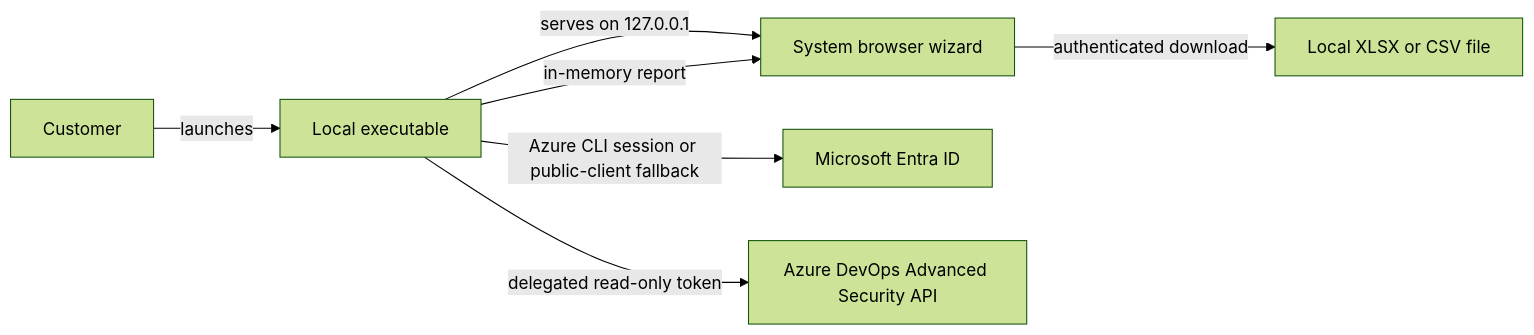
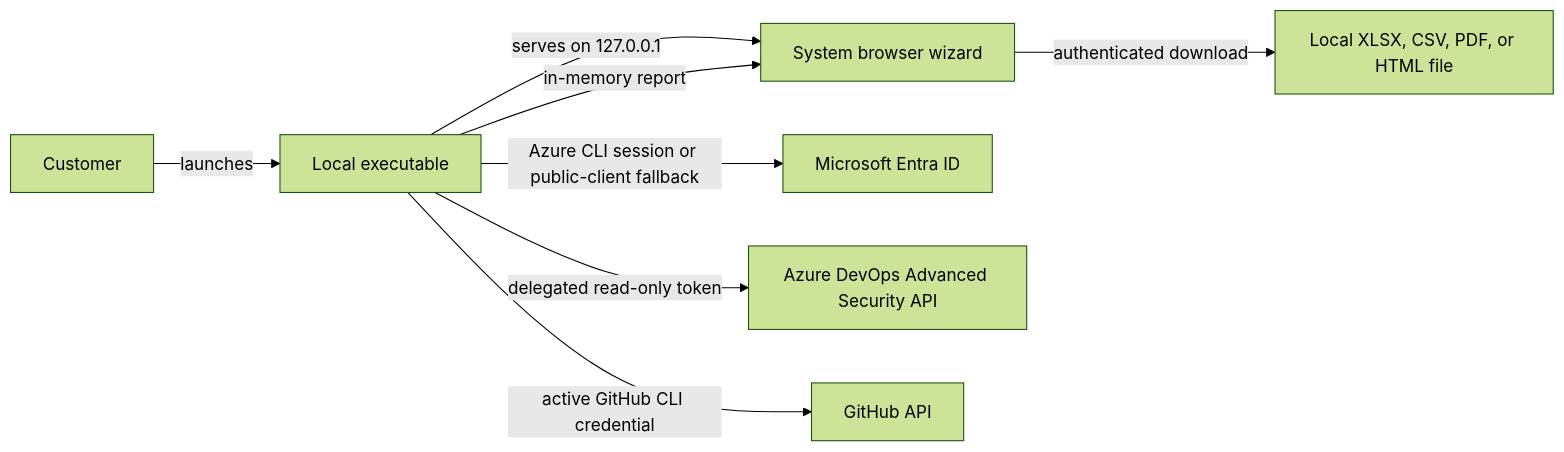
The first of 3 diagrams in docs/ARCHITECTURE.md (ninjapaw/committer-insights), drawn with Mermaid (forest theme) before and after one commit. The commit also changed other lines of this file and 74 other files, not shown here.

````diff
--- a/docs/ARCHITECTURE.md
+++ b/docs/ARCHITECTURE.md
@@ -5,9 +5,10 @@
 ```mermaid
 flowchart LR
   U[Customer] -->|launches| E[Local executable]
   E -->|serves on 127.0.0.1| B[System browser wizard]
   E -->|Azure CLI session or public-client fallback| M[Microsoft Entra ID]
   E -->|delegated read-only token| A[Azure DevOps Advanced Security API]
+  E -->|active GitHub CLI credential| G[GitHub API]
   E -->|in-memory report| B
-  B -->|authenticated download| X[Local XLSX or CSV file]
+  B -->|authenticated download| X[Local XLSX, CSV, PDF, or HTML file]
 ```
````
